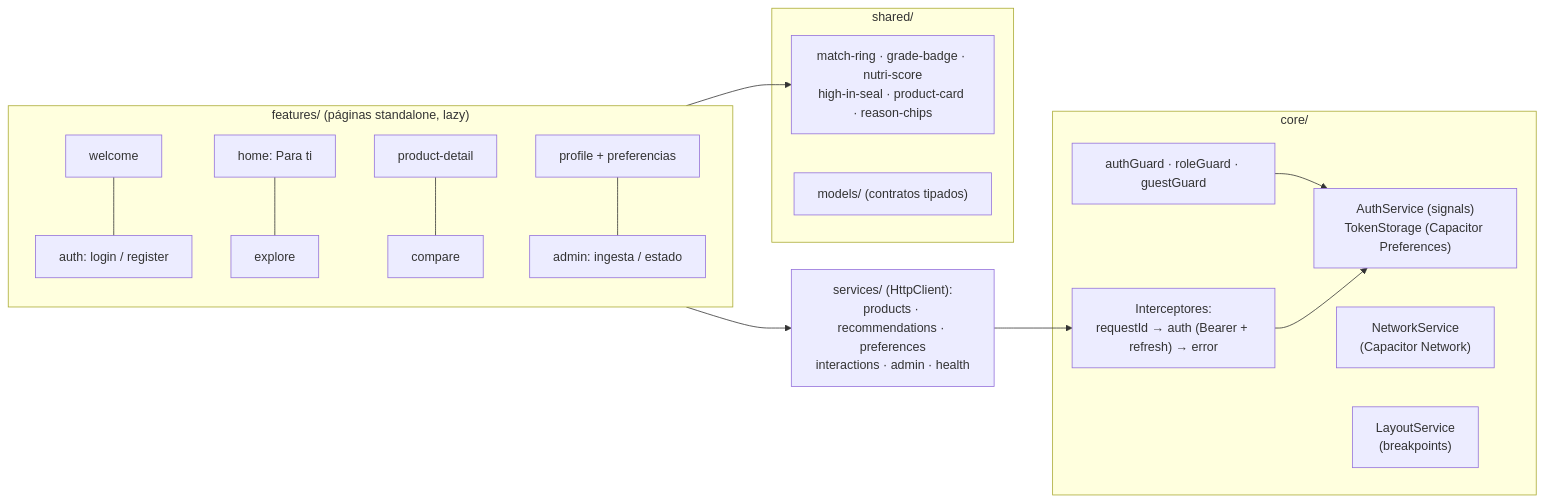
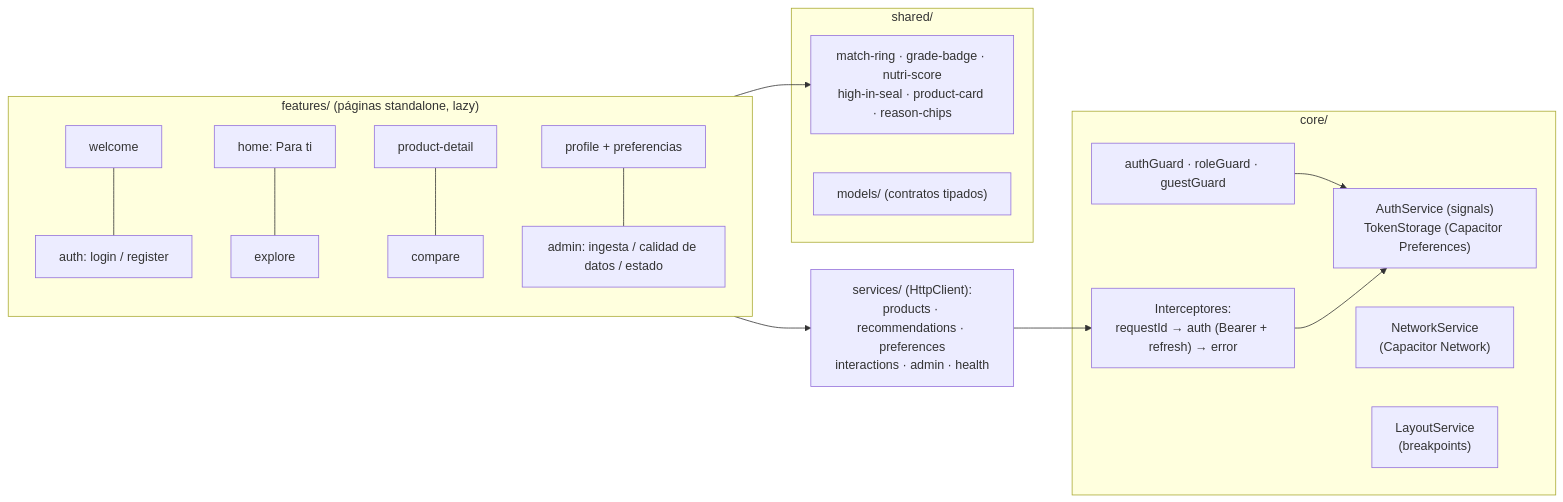
The third of 11 diagrams in docs/02-arquitectura.md (Dakotahh1/SmartCommerce), drawn with Mermaid before and after one commit. The commit also changed other lines of this file and 15 other files, not shown here.

````diff
--- a/docs/02-arquitectura.md
+++ b/docs/02-arquitectura.md
@@ -93,27 +95,27 @@
 ```mermaid
 flowchart LR
     subgraph core["core/"]
         auth["AuthService (signals)<br/>TokenStorage (Capacitor Preferences)"]
         guards["authGuard · roleGuard · guestGuard"]
         inter["Interceptores:<br/>requestId → auth (Bearer + refresh) → error"]
         net["NetworkService<br/>(Capacitor Network)"]
         layout["LayoutService<br/>(breakpoints)"]
     end
     subgraph features["features/ (páginas standalone, lazy)"]
         welcome["welcome"] --- login["auth: login / register"]
         home["home: Para ti"] --- explore["explore"]
         detail["product-detail"] --- compare["compare"]
-        profile["profile + preferencias"] --- admin["admin: ingesta / estado"]
+        profile["profile + preferencias"] --- admin["admin: ingesta / calidad de datos / estado"]
     end
     subgraph shared["shared/"]
         comps["match-ring · grade-badge · nutri-score<br/>high-in-seal · product-card · reason-chips"]
         models["models/ (contratos tipados)"]
     end
     api["services/ (HttpClient):<br/>products · recommendations · preferences<br/>interactions · admin · health"]
 
     features --> api
     features --> comps
     api --> inter
     guards --> auth
     inter --> auth
 ```
````
